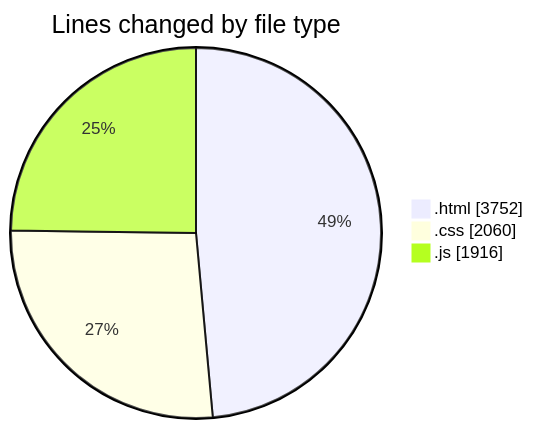
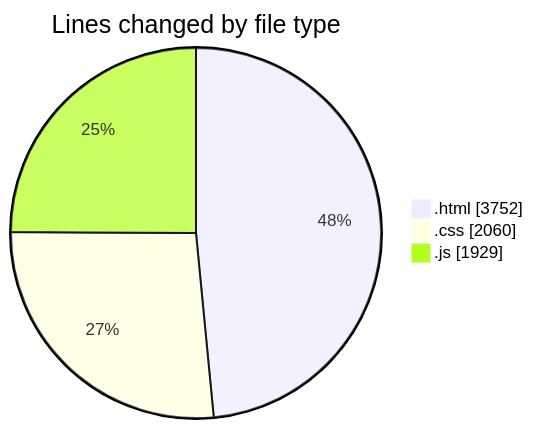
One commit to Ritupan-Deka/code-tracking changed the first of 2 diagrams in 2025-05-24/projects/README.md. Above: the diagram before and after it, drawn with Mermaid. The commit also changed other lines of this file and 1 other file, not shown here.

````diff
--- a/2025-05-24/projects/README.md
+++ b/2025-05-24/projects/README.md
@@ -25,7 +25,7 @@
 ```mermaid
 pie showData
 title Lines changed by file type
 ".html" : 3752
 ".css" : 2060
-".js" : 1916
+".js" : 1929
 ```
````
